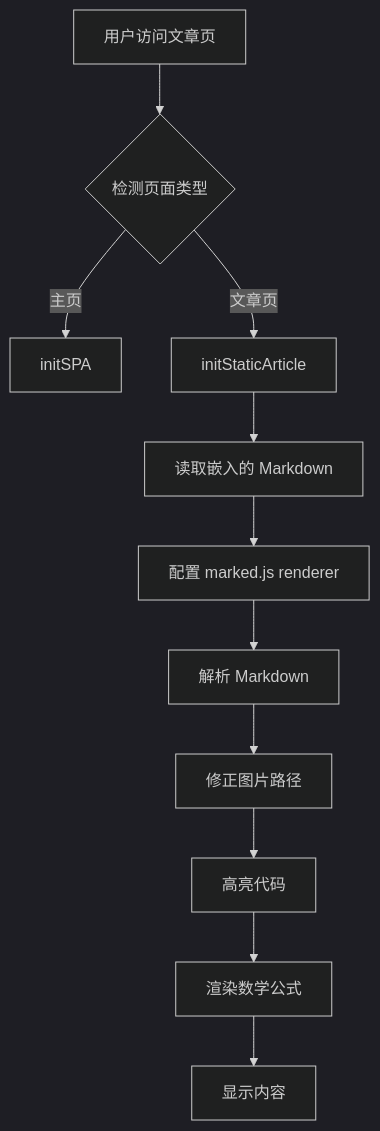
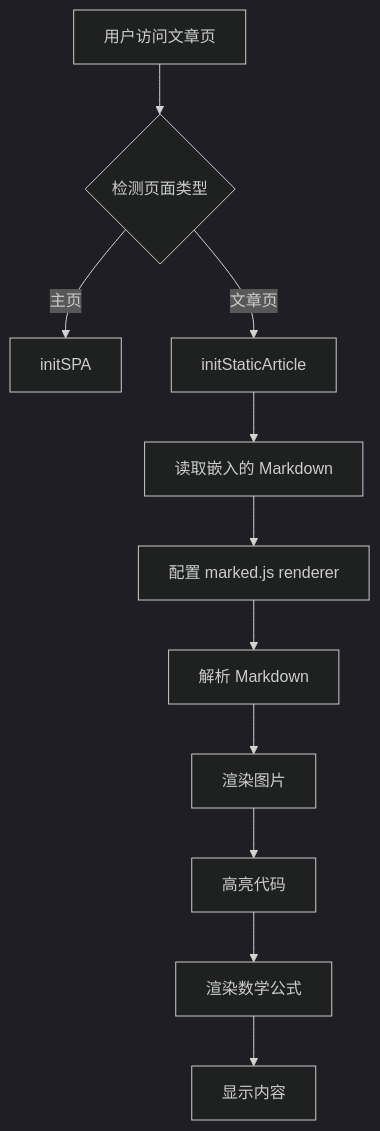
Before and after one commit to yukari502/yukari502.github.io: the third of 3 diagrams in readme.md, drawn with Mermaid (dark theme). The commit also changed other lines of this file and 3 other files, not shown here.

````diff
--- a/readme.md
+++ b/readme.md
@@ -194,13 +194,13 @@
 ```mermaid
 graph TD
     A[用户访问文章页] --> B{检测页面类型}
     B -->|主页| C[initSPA]
     B -->|文章页| D[initStaticArticle]
     D --> E[读取嵌入的 Markdown]
     E --> F[配置 marked.js renderer]
     F --> G[解析 Markdown]
-    G --> H[修正图片路径]
+    G --> H[渲染图片]
     H --> I[高亮代码]
     I --> J[渲染数学公式]
     J --> K[显示内容]
 ```
````
